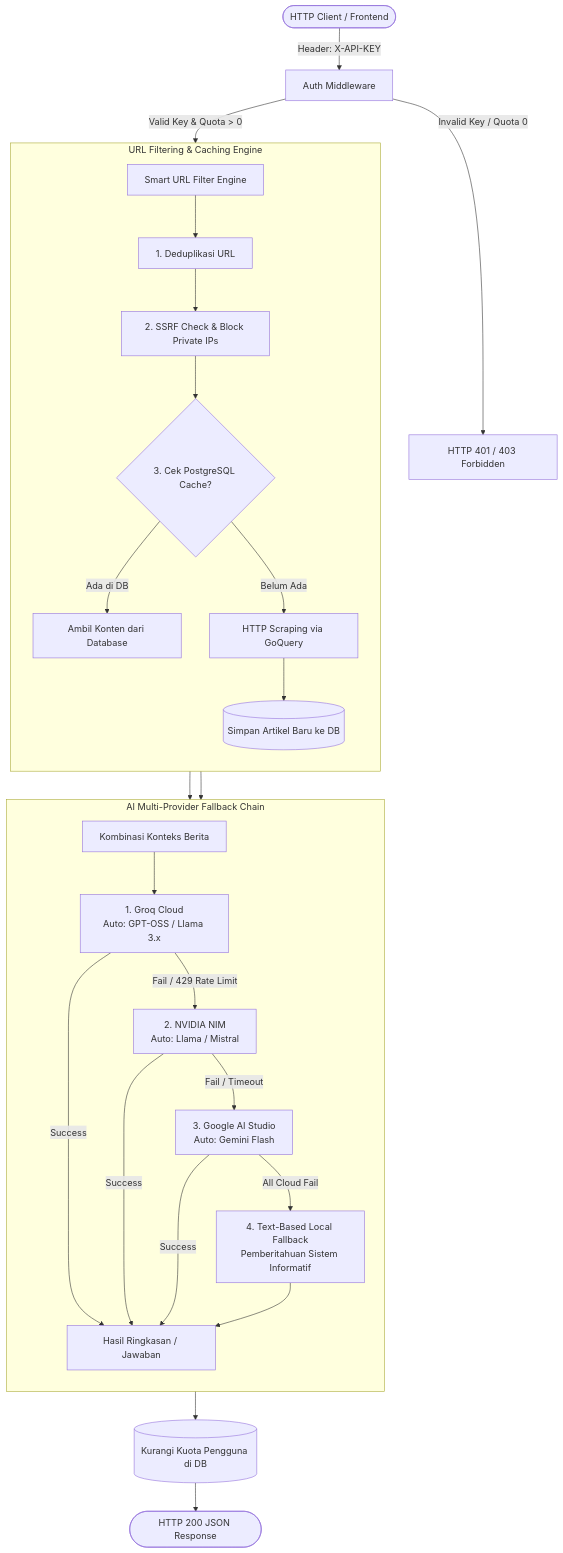
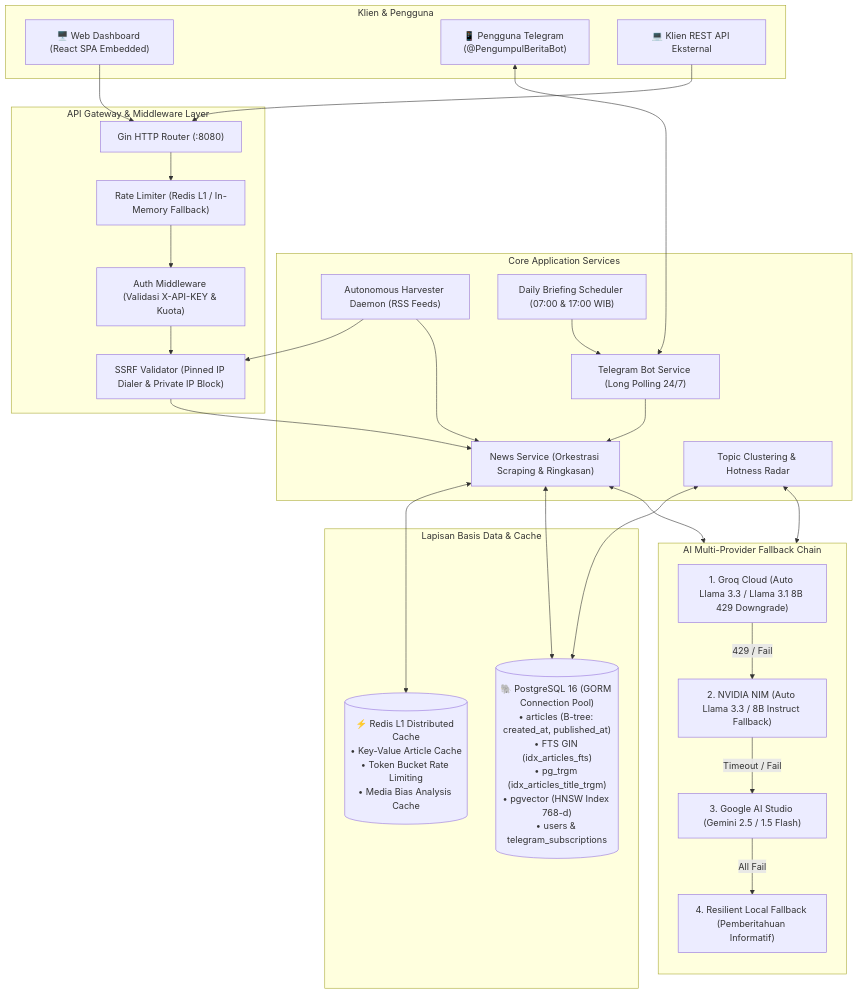
Before and after one commit to Lesmana24/Concurrent-AI-News-Aggregator: the diagram in README.md, drawn with Mermaid. The commit also changed other lines of this file, not shown here.

Commit message:
docs: update README with recent features, multi-stage docker, indexing, and architecture enhancements

````diff
--- a/README.md
+++ b/README.md
@@ -76,34 +93,55 @@
 ```mermaid
 flowchart TD
-    Client([HTTP Client / Frontend]) -->|Header: X-API-KEY| Auth[Auth Middleware]
-    Auth -->|Valid Key & Quota > 0| URLFilter[Smart URL Filter Engine]
-    Auth -->|Invalid Key / Quota 0| ErrAuth[HTTP 401 / 403 Forbidden]
-
-    subgraph FilterLayer [URL Filtering & Caching Engine]
-        direction TB
-        URLFilter --> Dedup[1. Deduplikasi URL]
-        Dedup --> SSRF[2. SSRF Check & Block Private IPs]
-        SSRF --> CacheCheck{3. Cek PostgreSQL Cache?}
-        CacheCheck -->|Ada di DB| CacheHit[Ambil Konten dari Database]
-        CacheCheck -->|Belum Ada| Scraper[HTTP Scraping via GoQuery]
-        Scraper --> SaveDB[(Simpan Artikel Baru ke DB)]
+    subgraph Clients [Klien & Pengguna]
+        WebClient["🖥️ Web Dashboard (React SPA Embedded)"]
+        TGUser["📱 Pengguna Telegram (@PengumpulBeritaBot)"]
+        APIConsumer["💻 Klien REST API Eksternal"]
     end
 
-    CacheHit --> ContextBuilder[Kombinasi Konteks Berita]
-    SaveDB --> ContextBuilder
+    subgraph Gateway [API Gateway & Middleware Layer]
+        Router["Gin HTTP Router (:8080)"]
+        RateLimit["Rate Limiter (Redis L1 / In-Memory Fallback)"]
+        AuthMid["Auth Middleware (Validasi X-API-KEY & Kuota)"]
+        SSRFGate["SSRF Validator (Pinned IP Dialer & Private IP Block)"]
+    end
+
+    subgraph AppService [Core Application Services]
+        NewsSvc["News Service (Orkestrasi Scraping & Ringkasan)"]
+        CrawlerEngine["Autonomous Harvester Daemon (RSS Feeds)"]
+        ClusterEngine["Topic Clustering & Hotness Radar"]
+        BriefingSched["Daily Briefing Scheduler (07:00 & 17:00 WIB)"]
+        TelegramBot["Telegram Bot Service (Long Polling 24/7)"]
+    end
+
+    subgraph Storage [Lapisan Basis Data & Cache]
+        PostgreSQL[("🐘 PostgreSQL 16 (GORM Connection Pool)<br/>• articles (B-tree: created_at, published_at)<br/>• FTS GIN (idx_articles_fts)<br/>• pg_trgm (idx_articles_title_trgm)<br/>• pgvector (HNSW Index 768-d)<br/>• users & telegram_subscriptions")]
+        RedisDB[("⚡ Redis L1 Distributed Cache<br/>• Key-Value Article Cache<br/>• Token Bucket Rate Limiting<br/>• Media Bias Analysis Cache")]
+    end
 
     subgraph AILayer [AI Multi-Provider Fallback Chain]
         direction TB
-        ContextBuilder --> TryGroq[1. Groq Cloud<br/>Auto: GPT-OSS / Llama 3.x]
-        TryGroq -->|Success| Out[Hasil Ringkasan / Jawaban]
-        TryGroq -->|Fail / 429 Rate Limit| TryNvidia[2. NVIDIA NIM<br/>Auto: Llama / Mistral]
-        TryNvidia -->|Success| Out
-        TryNvidia -->|Fail / Timeout| TryGemini[3. Google AI Studio<br/>Auto: Gemini Flash]
-        TryGemini -->|Success| Out
-        TryGemini -->|All Cloud Fail| LocalFallback[4. Text-Based Local Fallback<br/>Pemberitahuan Sistem Informatif]
-        LocalFallback --> Out
+        Groq["1. Groq Cloud (Auto Llama 3.3 / Llama 3.1 8B 429 Downgrade)"]
+        Nvidia["2. NVIDIA NIM (Auto Llama 3.3 / 8B Instruct Fallback)"]
+        Gemini["3. Google AI Studio (Gemini 2.5 / 1.5 Flash)"]
+        LocalFB["4. Resilient Local Fallback (Pemberitahuan Informatif)"]
+        Groq -->|429 / Fail| Nvidia
+        Nvidia -->|Timeout / Fail| Gemini
+        Gemini -->|All Fail| LocalFB
     end
 
-    Out --> UpdateQuota[(Kurangi Kuota Pengguna di DB)]
-    UpdateQuota --> ClientResp([HTTP 200 JSON Response])
+    WebClient --> Router
+    APIConsumer --> Router
+    Router --> RateLimit --> AuthMid --> SSRFGate --> NewsSvc
+
+    TGUser <--> TelegramBot
+    TelegramBot --> NewsSvc
+    CrawlerEngine --> SSRFGate
+    CrawlerEngine --> NewsSvc
+    BriefingSched --> TelegramBot
+
+    NewsSvc <--> RedisDB
+    NewsSvc <--> PostgreSQL
+    NewsSvc <--> AILayer
+    ClusterEngine <--> PostgreSQL
+    ClusterEngine <--> AILayer
 ```
````
